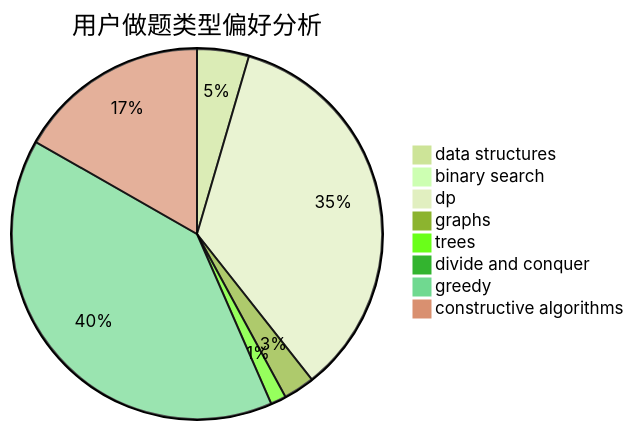
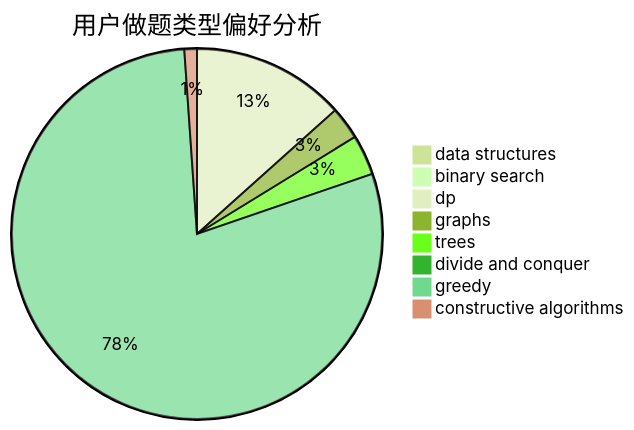
Before and after one commit to sherpahu/cfrs.github.io: the second of 3 diagrams in docs/user/u984.md, drawn with Mermaid (forest theme). The commit also changed other lines of this file and 2770 other files, not shown here.

````diff
--- a/docs/user/u984.md
+++ b/docs/user/u984.md
@@ -23,11 +23,11 @@
 ```mermaid
 pie title 用户做题类型偏好分析
-    "data structures" :  10
-    "binary search" :  0
-    "dp" :  77
-    "graphs" :  6
-    "trees" :  3
+    "data structures" :  1
+    "binary search" :  3
+    "dp" :  61
+    "graphs" :  13
+    "trees" :  16
     "divide and conquer" :  0
-    "greedy" :  88
-    "constructive algorithms" :  37
+    "greedy" :  361
+    "constructive algorithms" :  5
 ```
````
